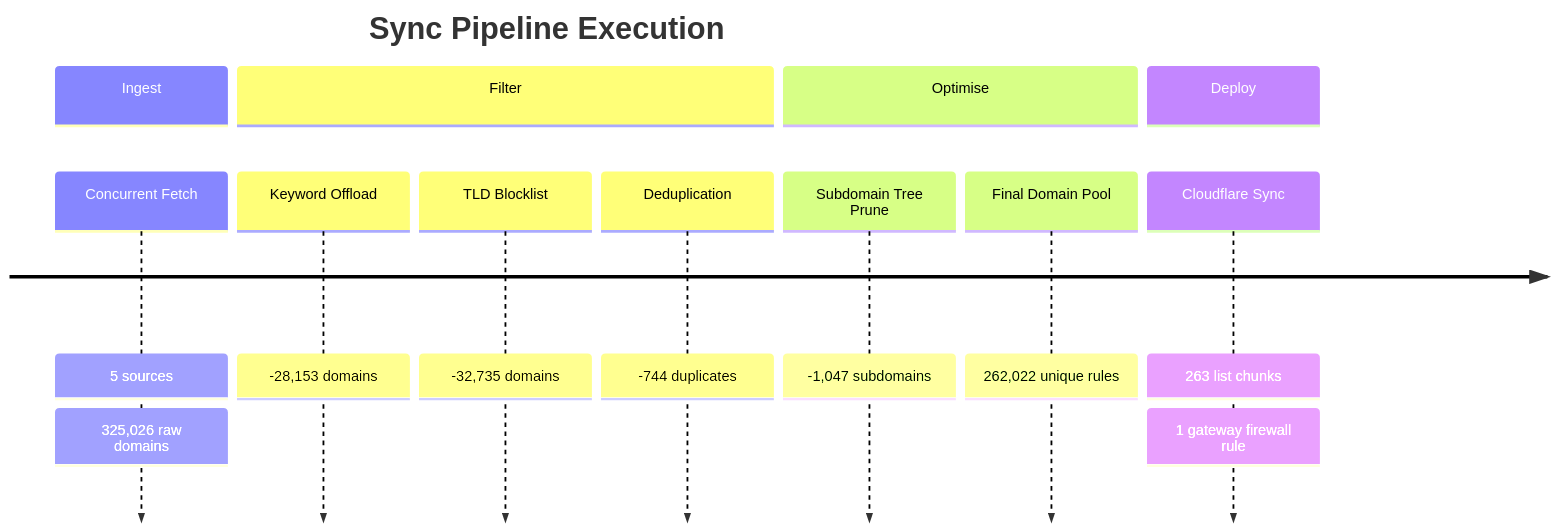
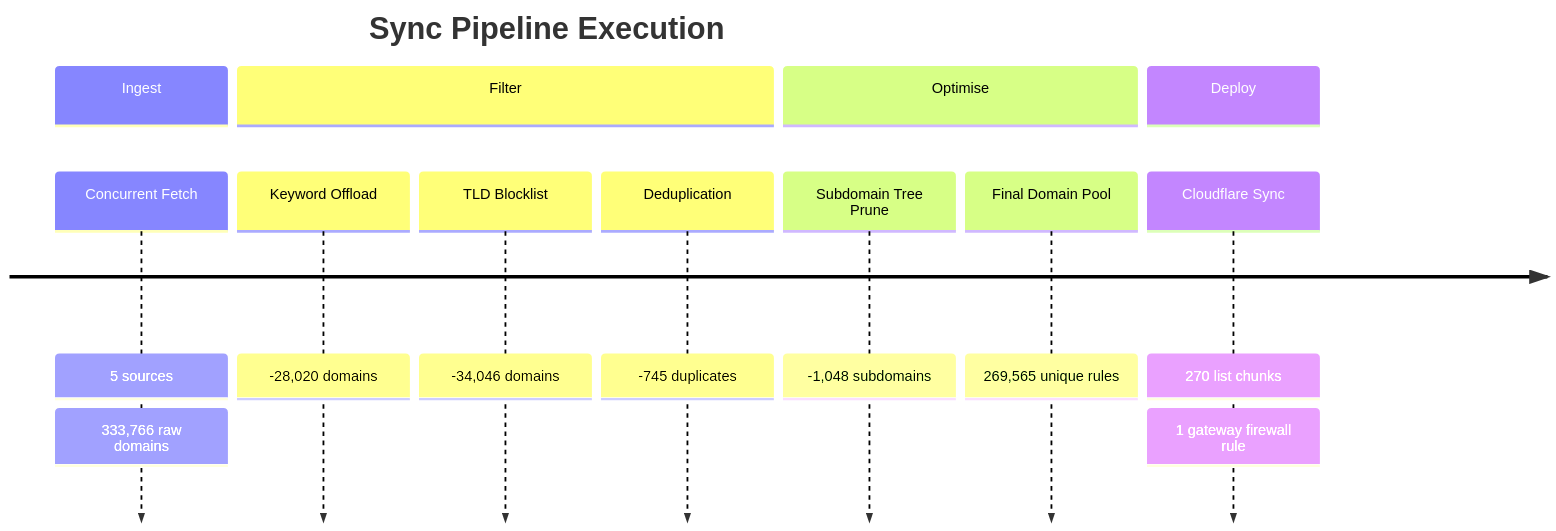
Before and after one commit to brojangles24/Cloudflare-ZeroTrust-AdBlock: the second of 6 diagrams in README_STATS.md, drawn with Mermaid. The commit also changed other lines of this file and 1 other file, not shown here.

````diff
--- a/README_STATS.md
+++ b/README_STATS.md
@@ -54,17 +54,17 @@
 ```mermaid
 timeline
     title Sync Pipeline Execution
     section Ingest
         Concurrent Fetch   : 5 sources
-                           : 325,026 raw domains
+                           : 333,766 raw domains
     section Filter
-        Keyword Offload    : -28,153 domains
-        TLD Blocklist      : -32,735 domains
-        Deduplication      : -744 duplicates
+        Keyword Offload    : -28,020 domains
+        TLD Blocklist      : -34,046 domains
+        Deduplication      : -745 duplicates
     section Optimise
-        Subdomain Tree Prune : -1,047 subdomains
-        Final Domain Pool    : 262,022 unique rules
+        Subdomain Tree Prune : -1,048 subdomains
+        Final Domain Pool    : 269,565 unique rules
     section Deploy
-        Cloudflare Sync    : 263 list chunks
+        Cloudflare Sync    : 270 list chunks
                            : 1 gateway firewall rule
 ```
````
